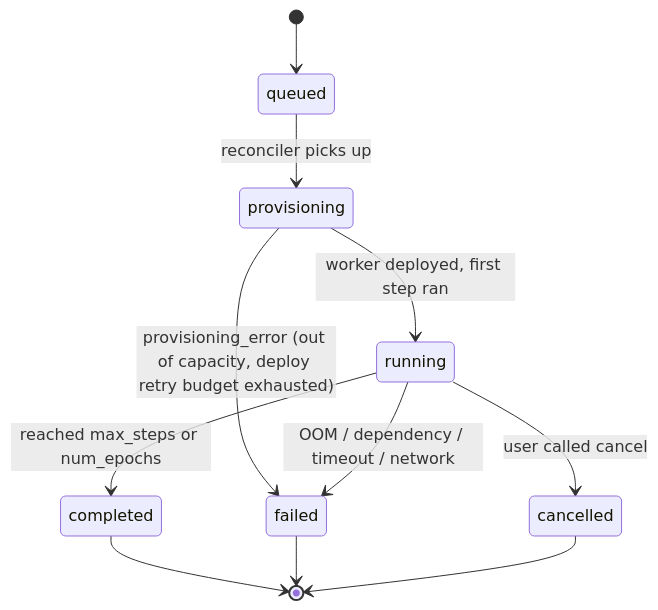
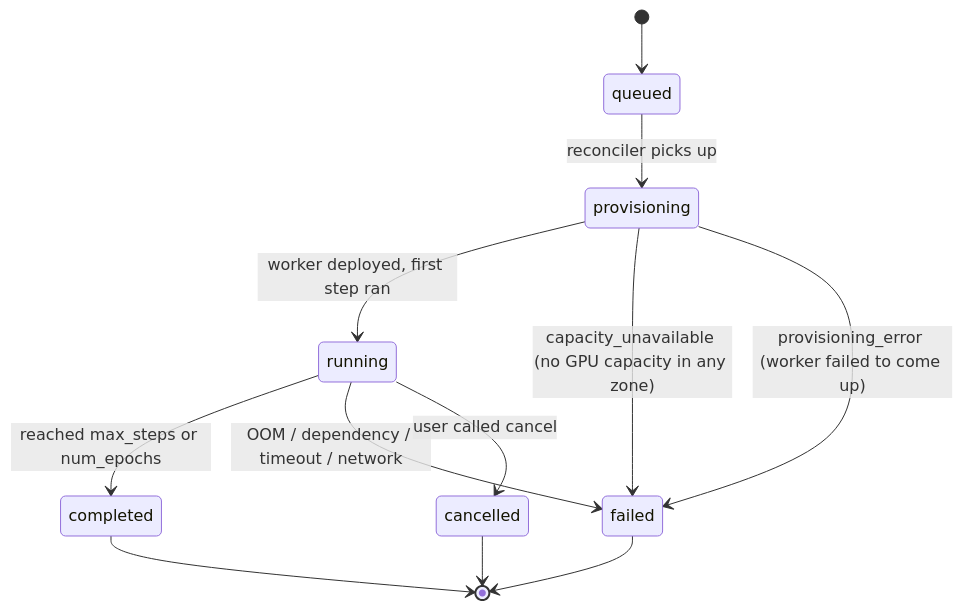
Before and after one commit to DannyMang/documentation: the diagram in fine-tuning.mdx, drawn with Mermaid. The commit also changed other lines of this file, not shown here.

First line of the commit message:
fine-tuning: document CAPACITY_UNAVAILABLE failure + cost-accrues-from-boot (VS-249)

````diff
--- a/fine-tuning.mdx
+++ b/fine-tuning.mdx
@@ -25,13 +25,14 @@
 ```mermaid
 stateDiagram-v2
     [*] --> queued
     queued --> provisioning : reconciler picks up
     provisioning --> running : worker deployed, first step ran
-    provisioning --> failed : provisioning_error (out of capacity, deploy retry budget exhausted)
+    provisioning --> failed : capacity_unavailable (no GPU capacity in any zone)
+    provisioning --> failed : provisioning_error (worker failed to come up)
     running --> completed : reached max_steps or num_epochs
     running --> failed : OOM / dependency / timeout / network
     running --> cancelled : user called cancel
     completed --> [*]
     failed --> [*]
     cancelled --> [*]
 ```
````
